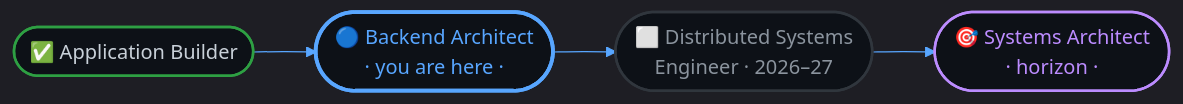
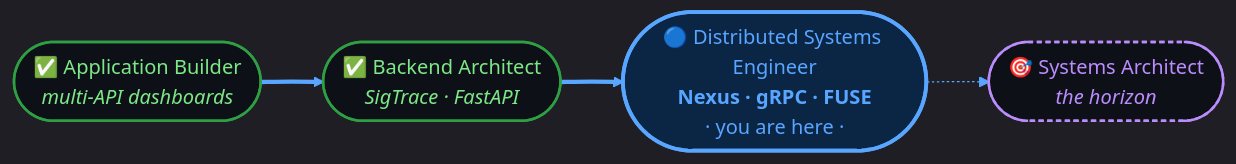
The diagram in README.md (b5119/b5119), drawn with Mermaid before and after one commit. The commit also changed other lines of this file, not shown here.

Commit message:
Advance roadmap to Distributed Systems phase, redesign with progress table

````diff
--- a/README.md
+++ b/README.md
@@ -250,11 +250,11 @@
 ```mermaid
-%%{init: {'theme':'dark', 'themeVariables': {'primaryColor':'#0d1117','primaryBorderColor':'#58a6ff','lineColor':'#58a6ff','primaryTextColor':'#c9d1d9'}}}%%
+%%{init: {'theme':'dark', 'themeVariables': {'primaryColor':'#0d1117','primaryBorderColor':'#58a6ff','lineColor':'#58a6ff','primaryTextColor':'#c9d1d9','fontFamily':'Fira Code, monospace'}}}%%
 flowchart LR
-    A([✅ Application Builder]):::done --> B([🔵 Backend Architect<br/>· you are here ·]):::now
-    B --> C([⬜ Distributed Systems<br/>Engineer · 2026–27]):::next
-    C --> D([🎯 Systems Architect<br/>· horizon ·]):::goal
-    classDef done fill:#0d1117,stroke:#2ea043,color:#c9d1d9,stroke-width:2px;
-    classDef now fill:#0d1117,stroke:#58a6ff,color:#58a6ff,stroke-width:3px;
-    classDef next fill:#0d1117,stroke:#30363d,color:#8b949e,stroke-width:2px;
-    classDef goal fill:#0d1117,stroke:#bc8cff,color:#bc8cff,stroke-width:2px;
+    A([✅ Application Builder<br/><i>multi-API dashboards</i>]):::done ==> B([✅ Backend Architect<br/><i>SigTrace · FastAPI</i>]):::done
+    B ==> C([🔵 Distributed Systems Engineer<br/><b>Nexus · gRPC · FUSE</b><br/>· you are here ·]):::now
+    C -.-> D([🎯 Systems Architect<br/><i>the horizon</i>]):::goal
+
+    classDef done fill:#0d1117,stroke:#2ea043,color:#7ee787,stroke-width:2px;
+    classDef now fill:#0b2545,stroke:#58a6ff,color:#58a6ff,stroke-width:3px;
+    classDef goal fill:#0d1117,stroke:#bc8cff,color:#bc8cff,stroke-width:2px,stroke-dasharray:4 3;
 ```
````
